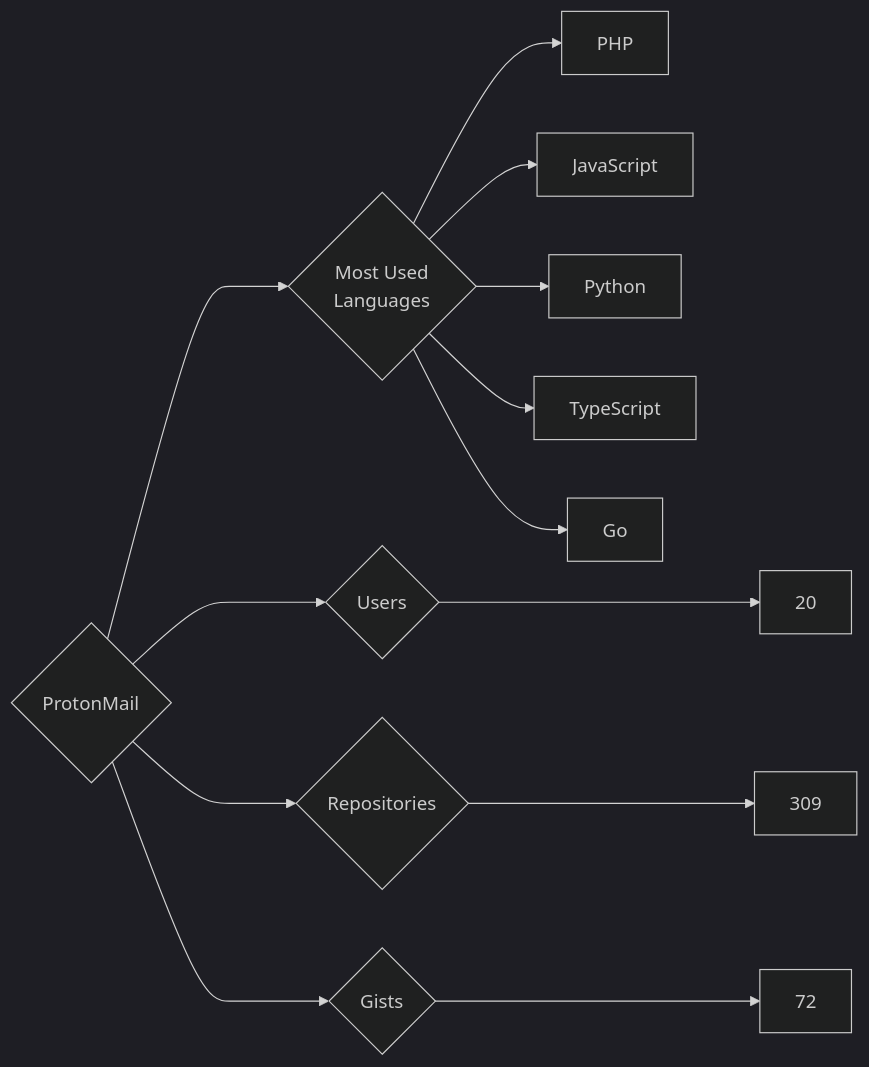
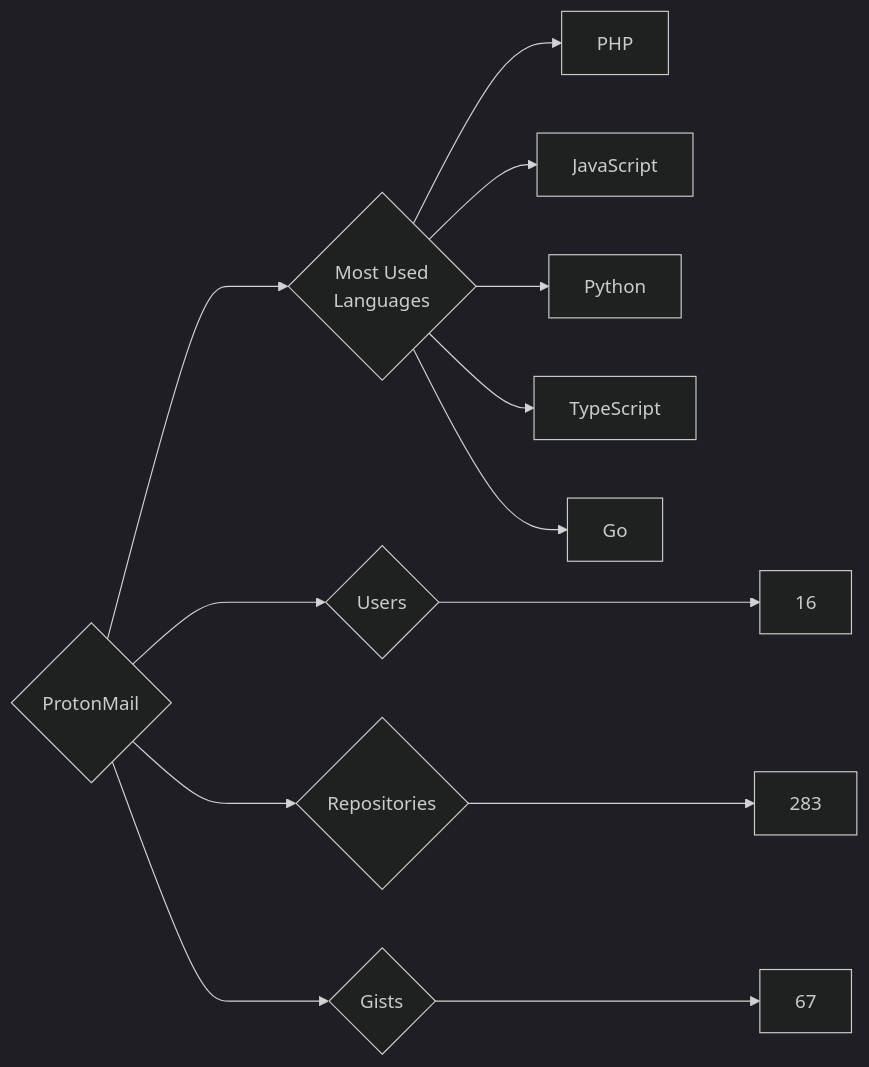
Before and after one commit to trickest/insiders: the diagram in targets/ProtonMail/README.md, drawn with Mermaid (dark theme). The commit also changed 1011 other files, not shown here.

````diff
--- a/targets/ProtonMail/README.md
+++ b/targets/ProtonMail/README.md
@@ -3,13 +3,13 @@
 ```mermaid
 graph LR
 COMPANY_NAME{ProtonMail}
-COMPANY_NAME ---> U{Users} ---> UN[20]
-COMPANY_NAME ---> R{Repositories} ---> RN[309]
-COMPANY_NAME ---> G{Gists} ---> GN[72]
+COMPANY_NAME ---> U{Users} ---> UN[16]
+COMPANY_NAME ---> R{Repositories} ---> RN[283]
+COMPANY_NAME ---> G{Gists} ---> GN[67]
 COMPANY_NAME ---> ML{Most Used<br>Languages}
 ML --> PHP[PHP]
 ML --> JavaScript[JavaScript]
 ML --> Python[Python]
 ML --> TypeScript[TypeScript]
 ML --> Go[Go]
 ```
````
